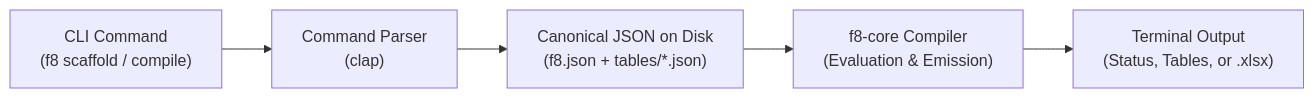
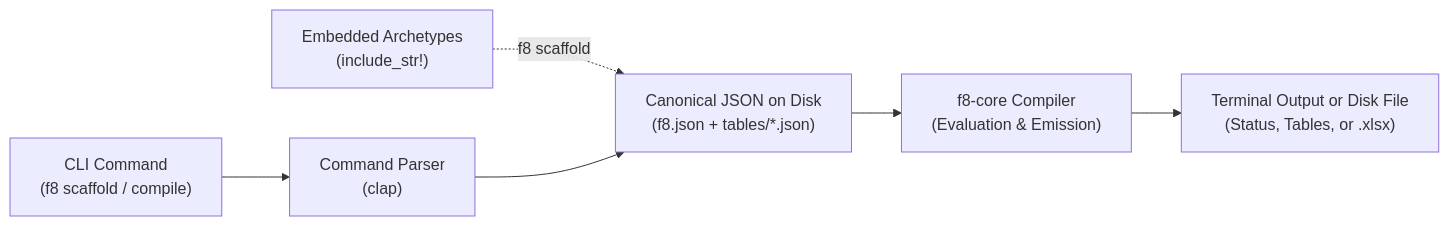
The diagram in docs/interfaces/cli.md (mhcfa/f8), drawn with Mermaid before and after one commit. The commit also changed other lines of this file and 15 other files, not shown here.

````diff
--- a/docs/interfaces/cli.md
+++ b/docs/interfaces/cli.md
@@ -18,7 +18,8 @@
 ```mermaid
 flowchart LR
     A["CLI Command\n(f8 scaffold / compile)"] --> B["Command Parser\n(clap)"]
-    B --> C["Canonical JSON on Disk\n(f8.json + tables/*.json)"]
+    T["Embedded Archetypes\n(include_str!)"] -.->|"f8 scaffold"| C["Canonical JSON on Disk\n(f8.json + tables/*.json)"]
+    B --> C
     C --> D["f8-core Compiler\n(Evaluation & Emission)"]
-    D --> E["Terminal Output\n(Status, Tables, or .xlsx)"]
+    D --> E["Terminal Output or Disk File\n(Status, Tables, or .xlsx)"]
 ```
````
